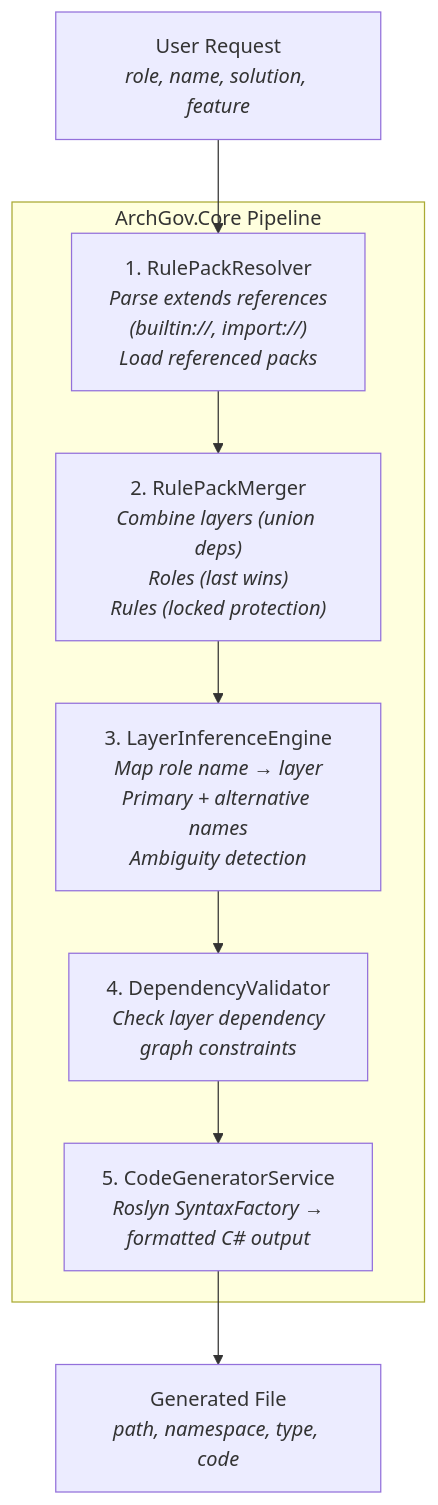
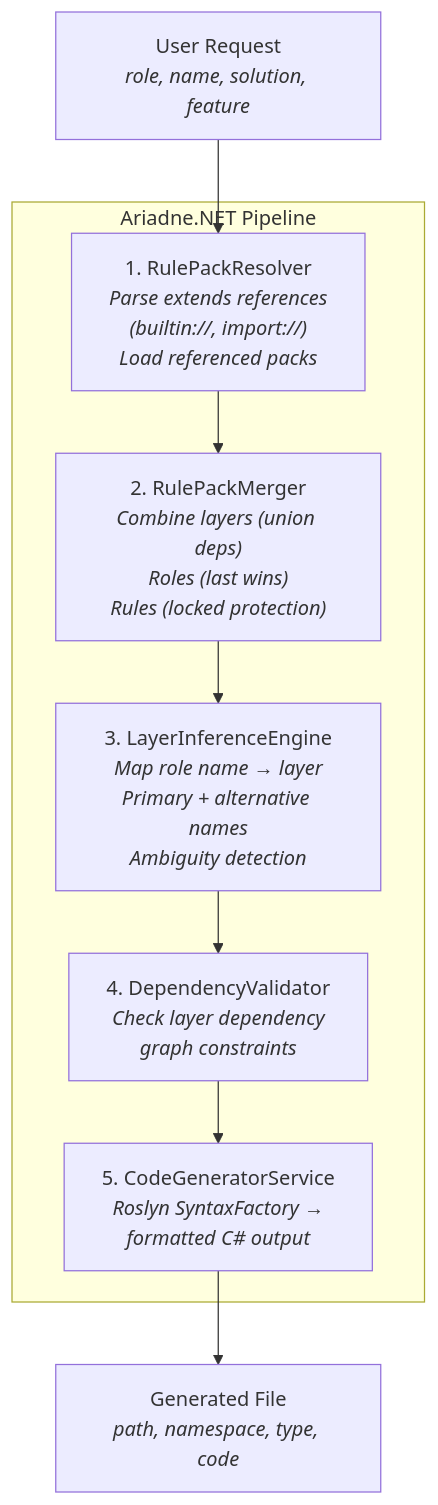
Before and after one commit to MarcelRoozekrans/Ariadne.NET: the second of 4 diagrams in docs-site/docs/how-it-works/02-architecture.md, drawn with Mermaid. The commit also changed other lines of this file and 13 other files, not shown here.

First line of the commit message:
docs: rename ArchGov to Ariadne.NET in README, CLAUDE.md and docs

````diff
--- a/docs-site/docs/how-it-works/02-architecture.md
+++ b/docs-site/docs/how-it-works/02-architecture.md
@@ -37,14 +37,14 @@
 ```mermaid
 flowchart TD
     A["User Request<br/><i>role, name, solution, feature</i>"] --> B
 
-    subgraph Core["ArchGov.Core Pipeline"]
+    subgraph Core["Ariadne.NET Pipeline"]
         B["1. RulePackResolver<br/><i>Parse extends references<br/>(builtin://, import://)<br/>Load referenced packs</i>"]
         B --> C["2. RulePackMerger<br/><i>Combine layers (union deps)<br/>Roles (last wins)<br/>Rules (locked protection)</i>"]
         C --> D["3. LayerInferenceEngine<br/><i>Map role name → layer<br/>Primary + alternative names<br/>Ambiguity detection</i>"]
         D --> E["4. DependencyValidator<br/><i>Check layer dependency<br/>graph constraints</i>"]
         E --> F["5. CodeGeneratorService<br/><i>Roslyn SyntaxFactory →<br/>formatted C# output</i>"]
     end
 
     F --> G["Generated File<br/><i>path, namespace, type, code</i>"]
 ```
````
